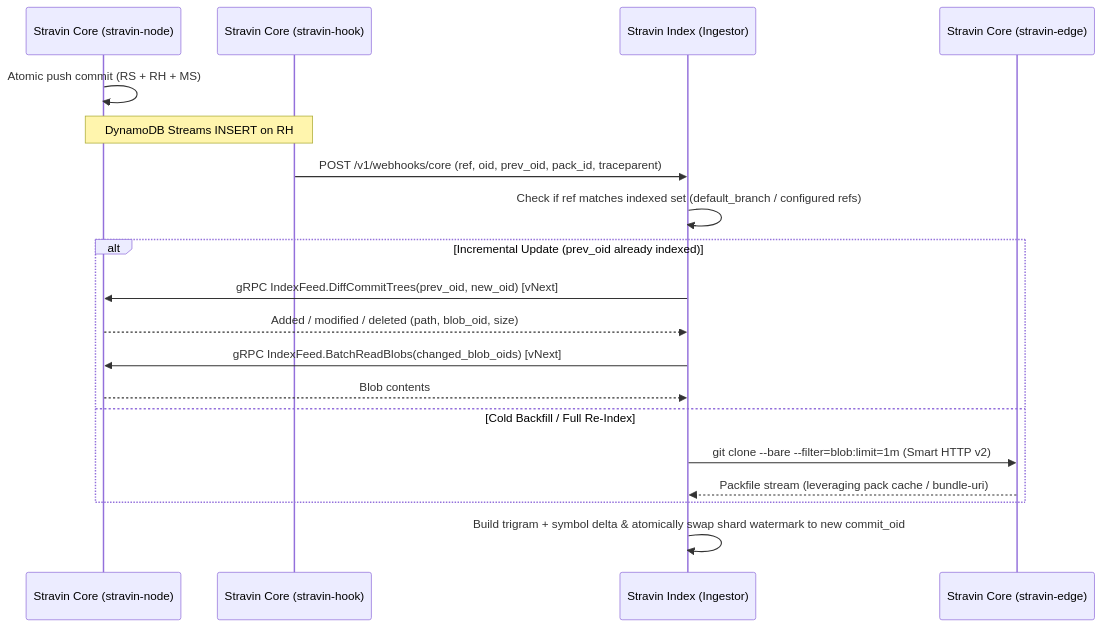
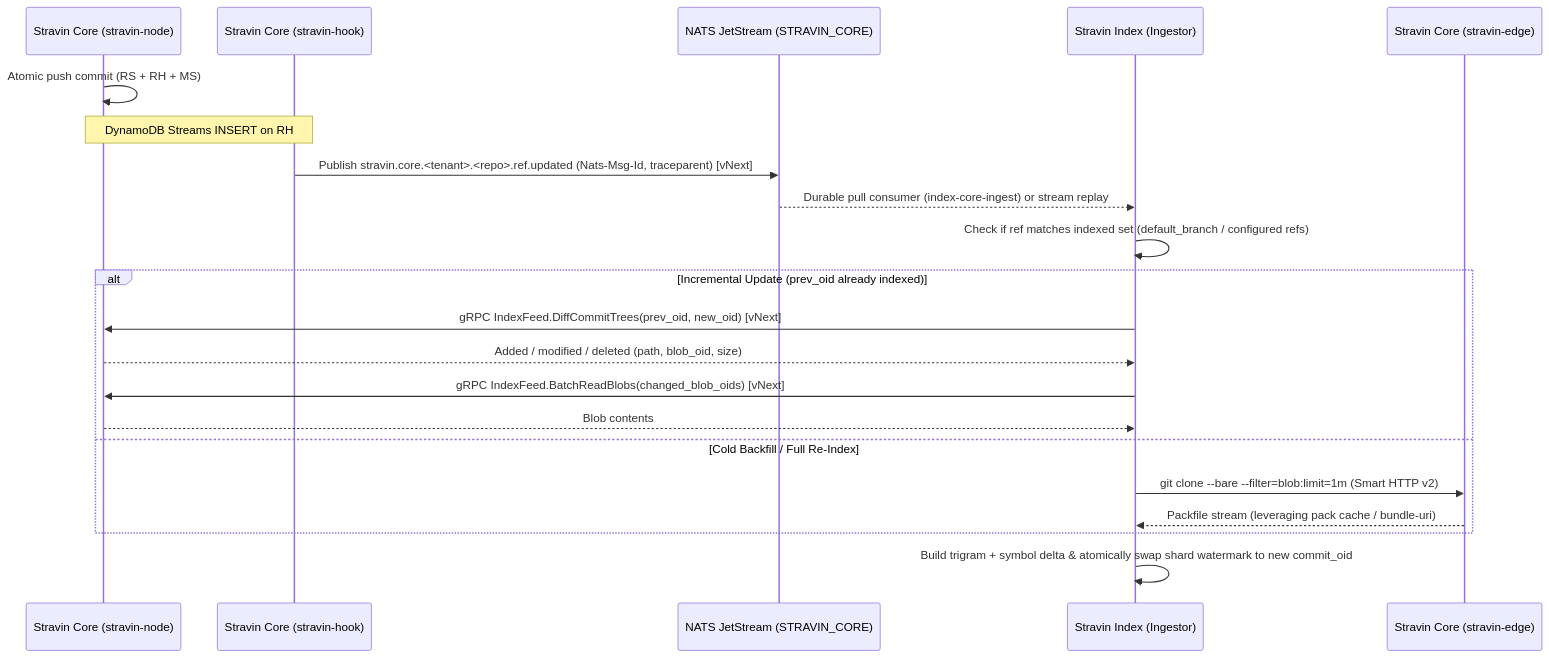
One commit to stravin-dev/architecture changed the diagram in docs/interfaces/core-index.md. Above: the diagram before and after it, drawn with Mermaid. The commit also changed other lines of this file and 13 other files, not shown here.

Commit message:
docs: add ADR-0001 (Cilium, NATS JetStream, External Webhooks, Temporal seam) and update interface contracts

````diff
--- a/docs/interfaces/core-index.md
+++ b/docs/interfaces/core-index.md
@@ -16,22 +16,24 @@
 ```mermaid
 sequenceDiagram
     participant Node as Stravin Core (stravin-node)
     participant Hook as Stravin Core (stravin-hook)
+    participant NATS as NATS JetStream (STRAVIN_CORE)
     participant Index as Stravin Index (Ingestor)
     participant Edge as Stravin Core (stravin-edge)
 
     Node->>Node: Atomic push commit (RS + RH + MS)
     Note over Node,Hook: DynamoDB Streams INSERT on RH#s
-    Hook->>Index: POST /v1/webhooks/core (ref, oid, prev_oid, pack_id, traceparent)
+    Hook->>NATS: Publish stravin.core.<tenant>.<repo>.ref.updated (Nats-Msg-Id, traceparent) [vNext]
+    NATS-->>Index: Durable pull consumer (index-core-ingest) or stream replay
     Index->>Index: Check if ref matches indexed set (default_branch / configured refs)
     alt Incremental Update (prev_oid already indexed)
         Index->>Node: gRPC IndexFeed.DiffCommitTrees(prev_oid, new_oid) [vNext]
         Node-->>Index: Added / modified / deleted (path, blob_oid, size)
         Index->>Node: gRPC IndexFeed.BatchReadBlobs(changed_blob_oids) [vNext]
         Node-->>Index: Blob contents
     else Cold Backfill / Full Re-Index
         Index->>Edge: git clone --bare --filter=blob:limit=1m (Smart HTTP v2)
         Edge-->>Index: Packfile stream (leveraging pack cache / bundle-uri)
     end
     Index->>Index: Build trigram + symbol delta & atomically swap shard watermark to new commit_oid
 ```
````
